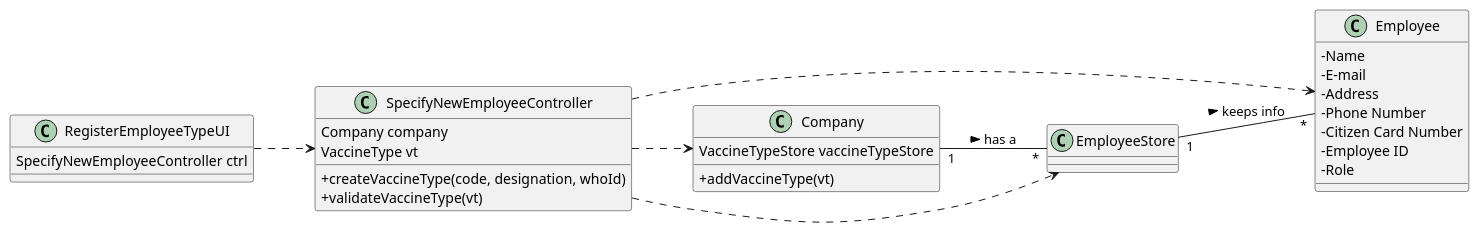
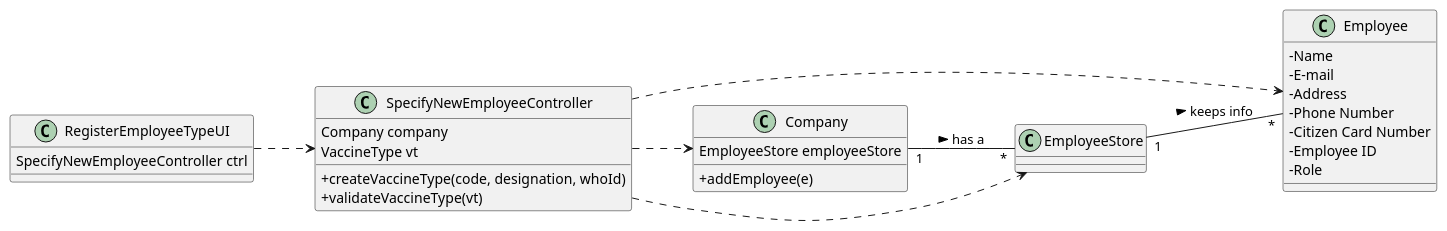
One commit to PedroMesquita1211171/VaccinationManager changed the diagram in docs/SprintB/US/US10/US010_CD.puml. Above: the diagram before and after it, drawn with PlantUML. The commit also changed 3 other files, not shown here.

```diff
--- a/docs/SprintB/US/US10/US010_CD.puml
+++ b/docs/SprintB/US/US10/US010_CD.puml
@@ -1,42 +1,42 @@
 @startuml
 skinparam classAttributeIconSize 0
 left to right direction
 
 class RegisterEmployeeTypeUI{
 SpecifyNewEmployeeController ctrl
 }
 
 class SpecifyNewEmployeeController{
 Company company
 VaccineType vt
 +createVaccineType(code, designation, whoId)
 +validateVaccineType(vt)
 }
 
 class Employee{
    -Name
    -E-mail
    - Address
    - Phone Number
    - Citizen Card Number
    - Employee ID
    - Role
 }
 
 class Company{
-VaccineTypeStore vaccineTypeStore
-+addVaccineType(vt)
+EmployeeStore employeeStore
++addEmployee(e)
 }
 
 class EmployeeStore{}
 
 RegisterEmployeeTypeUI ..> SpecifyNewEmployeeController
 Company "1"--"*" EmployeeStore : has a >
 EmployeeStore "1"--"*"Employee : keeps info >
 SpecifyNewEmployeeController ..> Company
 SpecifyNewEmployeeController ..> EmployeeStore
 SpecifyNewEmployeeController ..> Employee
 
 
 
 @enduml
```
